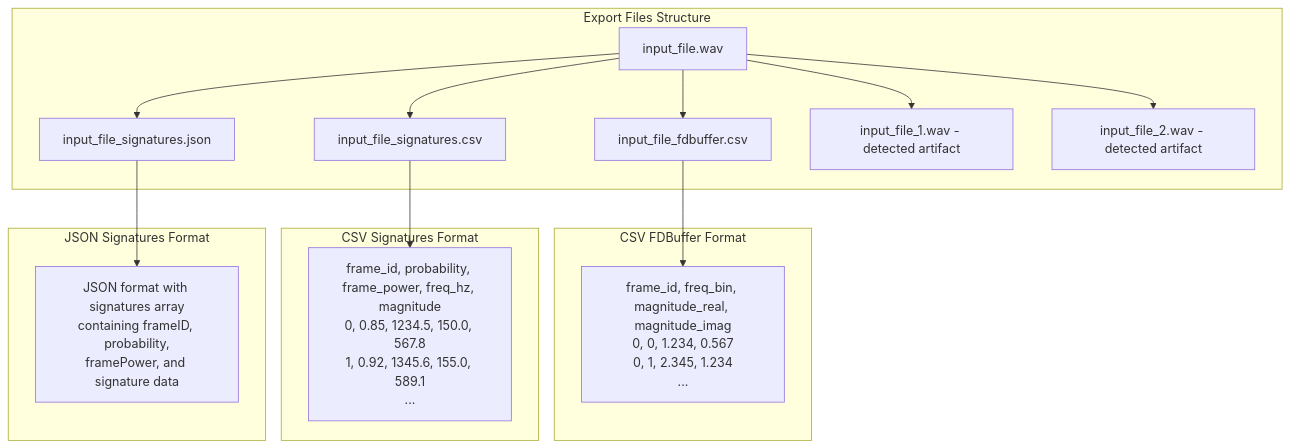
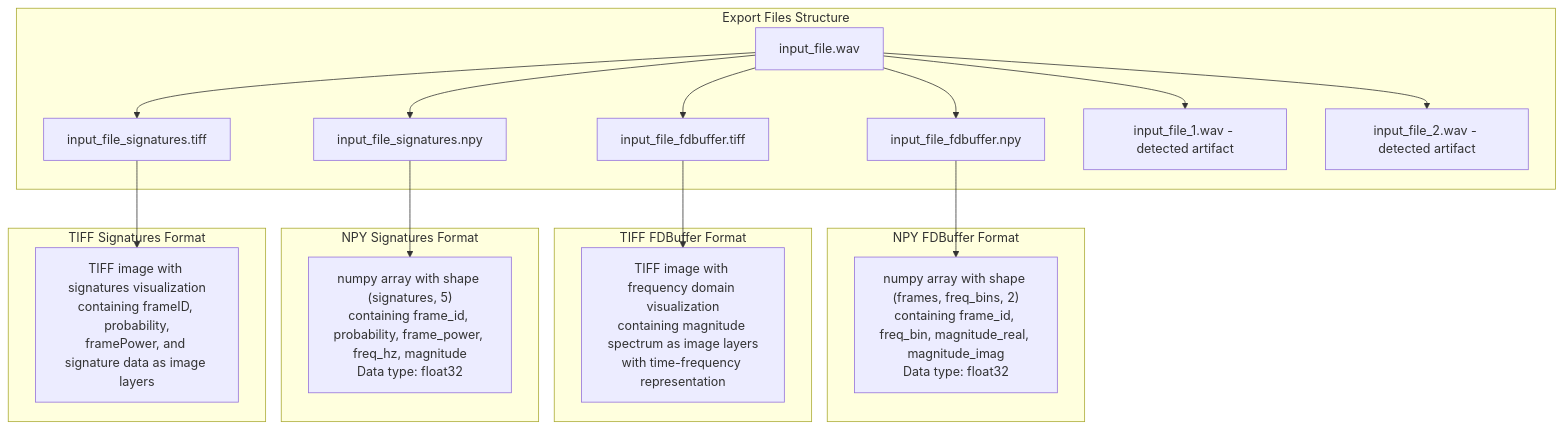
The ninth of 18 diagrams in src/vodec/docs/architecture.md (zl0bster/AP01), drawn with Mermaid before and after one commit. The commit also changed other lines of this file and 3 other files, not shown here.

````diff
--- a/src/vodec/docs/architecture.md
+++ b/src/vodec/docs/architecture.md
@@ -384,22 +386,27 @@
 ```mermaid
 graph TB
     subgraph "Export Files Structure"
-        A[input_file.wav] --> B[input_file_fdbuffer.csv]
-        A --> C[input_file_signatures.csv]
-        A --> D[input_file_signatures.json]
-        A --> E["input_file_1.wav - detected artifact"]
-        A --> F["input_file_2.wav - detected artifact"]
+        A[input_file.wav] --> B[input_file_fdbuffer.npy]
+        A --> C[input_file_fdbuffer.tiff]
+        A --> D[input_file_signatures.npy]
+        A --> E[input_file_signatures.tiff]
+        A --> F["input_file_1.wav - detected artifact"]
+        A --> G["input_file_2.wav - detected artifact"]
     end
     
-    subgraph "CSV FDBuffer Format"
-        B --> G["frame_id, freq_bin, magnitude_real, magnitude_imag<br/>0, 0, 1.234, 0.567<br/>0, 1, 2.345, 1.234<br/>..."]
+    subgraph "NPY FDBuffer Format"
+        B --> H["numpy array with shape (frames, freq_bins, 2)<br/>containing frame_id, freq_bin, magnitude_real, magnitude_imag<br/>Data type: float32"]
     end
     
-    subgraph "CSV Signatures Format"
-        C --> H["frame_id, probability, frame_power, freq_hz, magnitude<br/>0, 0.85, 1234.5, 150.0, 567.8<br/>1, 0.92, 1345.6, 155.0, 589.1<br/>..."]
+    subgraph "TIFF FDBuffer Format"
+        C --> I["TIFF image with frequency domain visualization<br/>containing magnitude spectrum as image layers<br/>with time-frequency representation"]
     end
     
-    subgraph "JSON Signatures Format"
-        D --> I["JSON format with signatures array<br/>containing frameID, probability,<br/>framePower, and signature data"]
+    subgraph "NPY Signatures Format"
+        D --> J["numpy array with shape (signatures, 5)<br/>containing frame_id, probability, frame_power, freq_hz, magnitude<br/>Data type: float32"]
+    end
+    
+    subgraph "TIFF Signatures Format"
+        E --> K["TIFF image with signatures visualization<br/>containing frameID, probability,<br/>framePower, and signature data as image layers"]
     end
 ```
````
